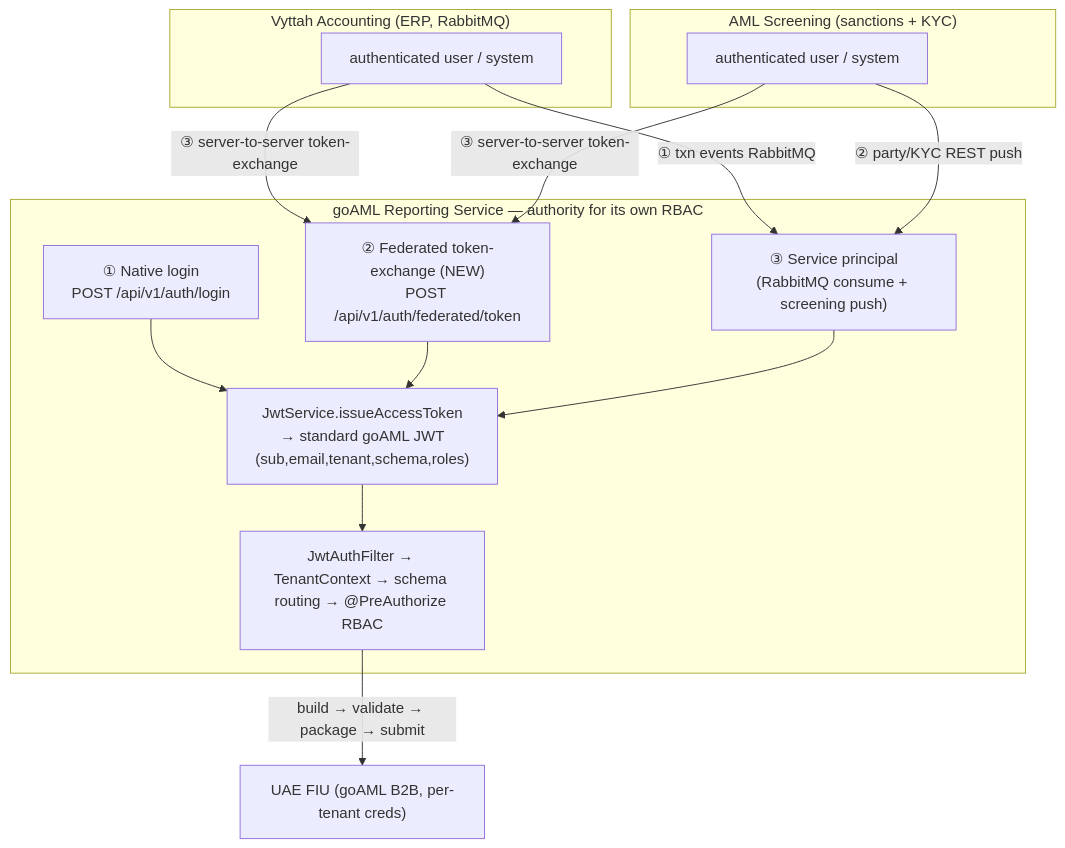
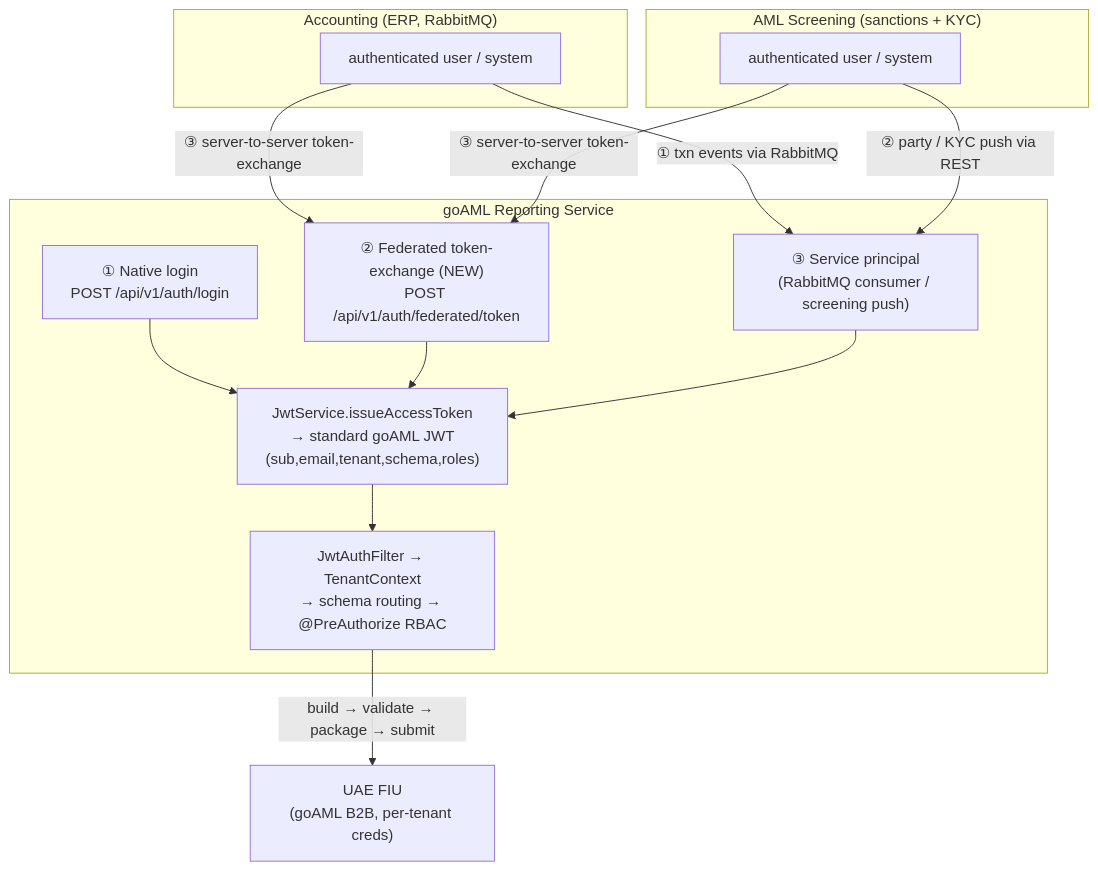
One commit to Vyttah/goAML changed the diagram in .planning/plans/integration-and-auth-architecture.md. Above: the diagram before and after it, drawn with Mermaid. The commit also changed other lines of this file and 8 other files, not shown here.

````diff
--- a/.planning/plans/integration-and-auth-architecture.md
+++ b/.planning/plans/integration-and-auth-architecture.md
@@ -39,25 +65,25 @@
 ```mermaid
 flowchart TB
-    subgraph ACC["Vyttah Accounting (ERP, RabbitMQ)"]
+    subgraph ACC["Accounting (ERP, RabbitMQ)"]
         accU["authenticated user / system"]
     end
     subgraph SCR["AML Screening (sanctions + KYC)"]
         scrU["authenticated user / system"]
     end
-    subgraph GOAML["goAML Reporting Service — authority for its own RBAC"]
+    subgraph GOAML["goAML Reporting Service"]
         login["① Native login\nPOST /api/v1/auth/login"]
         fed["② Federated token-exchange (NEW)\nPOST /api/v1/auth/federated/token"]
-        svc["③ Service principal\n(RabbitMQ consume + screening push)"]
+        svc["③ Service principal\n(RabbitMQ consumer / screening push)"]
         jwt["JwtService.issueAccessToken\n→ standard goAML JWT\n(sub,email,tenant,schema,roles)"]
-        filt["JwtAuthFilter → TenantContext → schema routing → @PreAuthorize RBAC"]
+        filt["JwtAuthFilter → TenantContext\n→ schema routing → @PreAuthorize RBAC"]
         login --> jwt
         fed --> jwt
         svc --> jwt
         jwt --> filt
     end
-    accU -->|① txn events RabbitMQ| svc
+    accU -->|① txn events via RabbitMQ| svc
     accU -->|③ server-to-server token-exchange| fed
-    scrU -->|② party/KYC REST push| svc
+    scrU -->|② party / KYC push via REST| svc
     scrU -->|③ server-to-server token-exchange| fed
-    filt -->|build → validate → package → submit| FIU["UAE FIU (goAML B2B, per-tenant creds)"]
+    filt -->|build → validate → package → submit| FIU["UAE FIU\n(goAML B2B, per-tenant creds)"]
 ```
````
